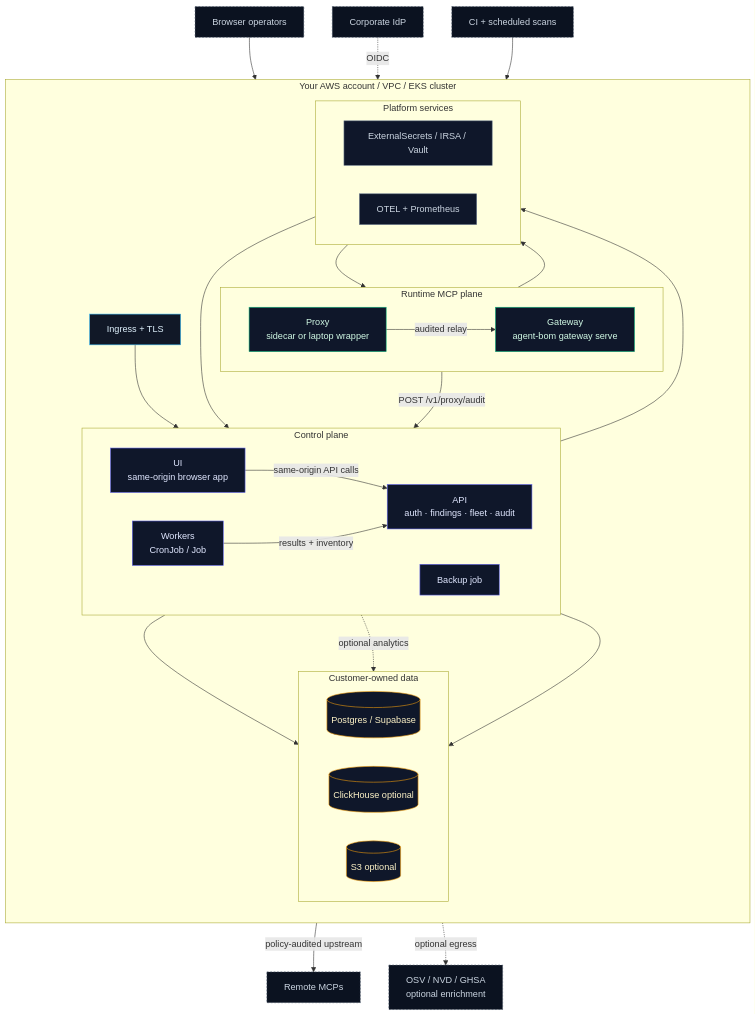
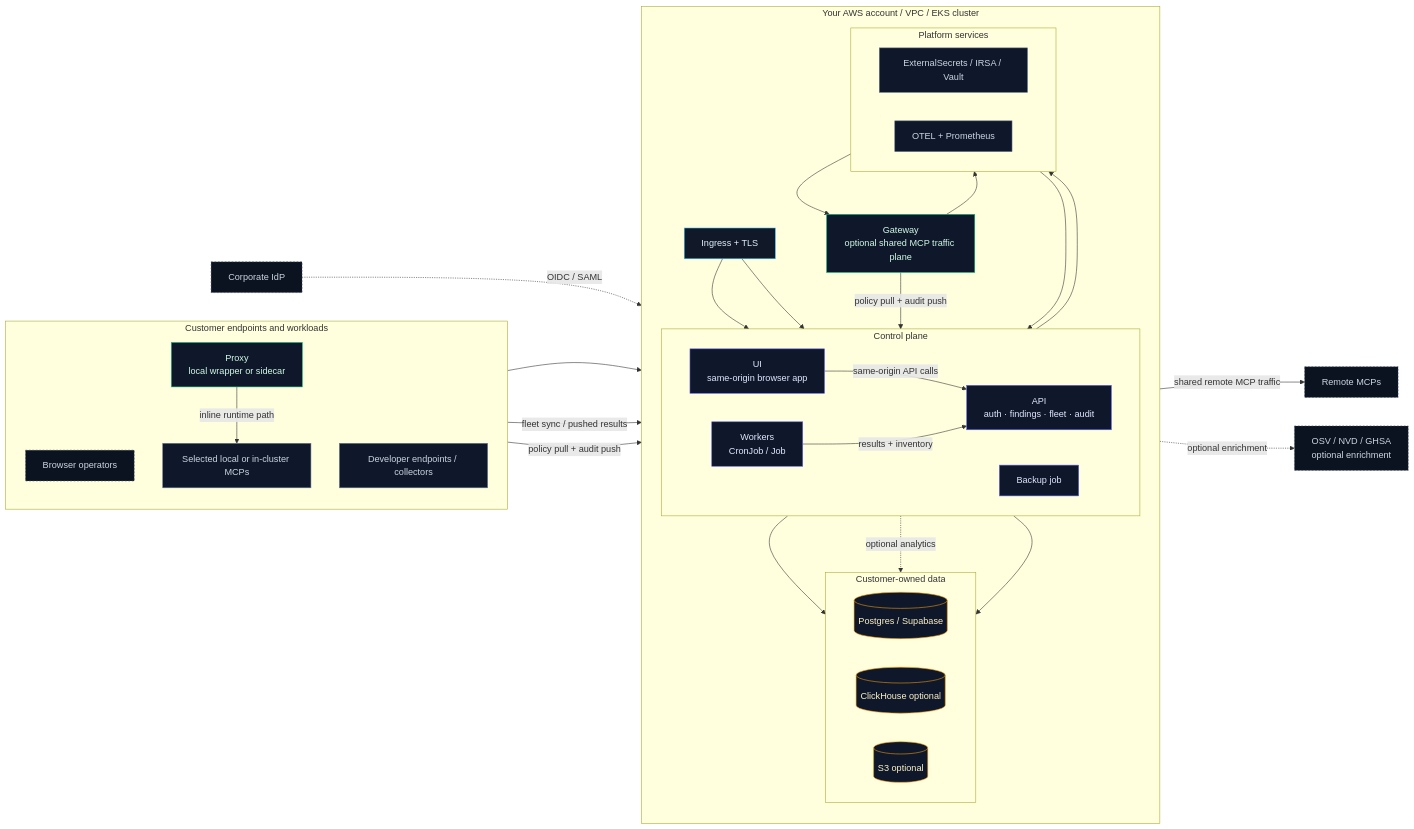
The first of 2 diagrams in site-docs/deployment/own-infra-eks.md (msaad00/agent-bom), drawn with Mermaid before and after one commit. The commit also changed other lines of this file and 4 other files, not shown here.

First line of the commit message:
docs(deploy): refresh self-hosted diagrams and runtime flow (#1661)

````diff
--- a/site-docs/deployment/own-infra-eks.md
+++ b/site-docs/deployment/own-infra-eks.md
@@ -45,65 +45,69 @@
 ```mermaid
-flowchart TB
+flowchart LR
     classDef ext  fill:#0b1220,stroke:#475569,color:#cbd5e1,stroke-dasharray:3 3
     classDef edge fill:#111827,stroke:#38bdf8,color:#e0f2fe
     classDef ctrl fill:#0f172a,stroke:#6366f1,color:#e0e7ff
     classDef run  fill:#0f172a,stroke:#10b981,color:#d1fae5
     classDef data fill:#0f172a,stroke:#f59e0b,color:#fef3c7
     classDef ops  fill:#0f172a,stroke:#64748b,color:#cbd5e1
 
-    Browser["Browser operators"]:::ext
     IdP["Corporate IdP"]:::ext
-    CI["CI + scheduled scans"]:::ext
     Remote["Remote MCPs"]:::ext
     Intel["OSV / NVD / GHSA<br/>optional enrichment"]:::ext
+
+    subgraph Endpoints["Customer endpoints and workloads"]
+      direction TB
+      Browser["Browser operators"]:::ext
+      Fleet["Developer endpoints / collectors"]:::ops
+      Proxy["Proxy<br/>local wrapper or sidecar"]:::run
+      LocalMCP["Selected local or in-cluster MCPs"]:::ops
+    end
 
     subgraph Customer["Your AWS account / VPC / EKS cluster"]
       direction TB
       Ingress["Ingress + TLS"]:::edge
 
       subgraph Control["Control plane"]
         direction LR
         UI["UI<br/>same-origin browser app"]:::ctrl
         API["API<br/>auth · findings · fleet · audit"]:::ctrl
         Jobs["Workers<br/>CronJob / Job"]:::ctrl
         Backup["Backup job"]:::ctrl
       end
 
-      subgraph Runtime["Runtime MCP plane"]
-        direction LR
-        Proxy["Proxy<br/>sidecar or laptop wrapper"]:::run
-        Gateway["Gateway<br/>agent-bom gateway serve"]:::run
-      end
+      Gateway["Gateway<br/>optional shared MCP traffic plane"]:::run
 
       subgraph Data["Customer-owned data"]
         direction LR
         PG[("Postgres / Supabase")]:::data
         CH[("ClickHouse optional")]:::data
         S3[("S3 optional")]:::data
       end
 
       subgraph Platform["Platform services"]
         direction LR
         Secrets["ExternalSecrets / IRSA / Vault"]:::ops
         Obs["OTEL + Prometheus"]:::ops
       end
     end
 
     Browser --> Ingress
-    IdP -. OIDC .-> Ingress
+    IdP -. OIDC / SAML .-> Ingress
     Ingress --> UI
+    Ingress --> API
     UI -->|same-origin API calls| API
-    CI --> Jobs
     Jobs -->|results + inventory| API
-    Proxy -->|audited relay| Gateway
-    Gateway -->|POST /v1/proxy/audit| API
-    Gateway -->|policy-audited upstream| Remote
+    Fleet -->|fleet sync / pushed results| API
+    Proxy -->|policy pull + audit push| API
+    Proxy -->|inline runtime path| LocalMCP
+    Gateway -->|policy pull + audit push| API
+    Gateway -->|shared remote MCP traffic| Remote
     API --> PG
     API -. optional analytics .-> CH
     Backup --> S3
     Secrets --> API
     Secrets --> Gateway
     API --> Obs
     Gateway --> Obs
-    API -. optional egress .-> Intel
+    API -. optional enrichment .-> Intel
 ```
````
